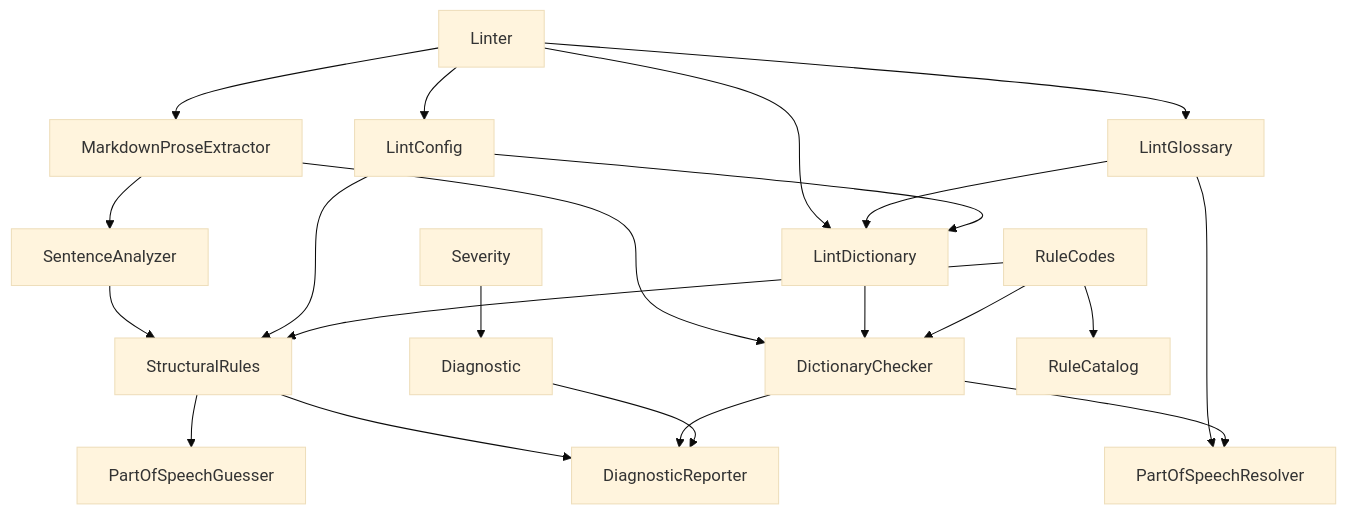
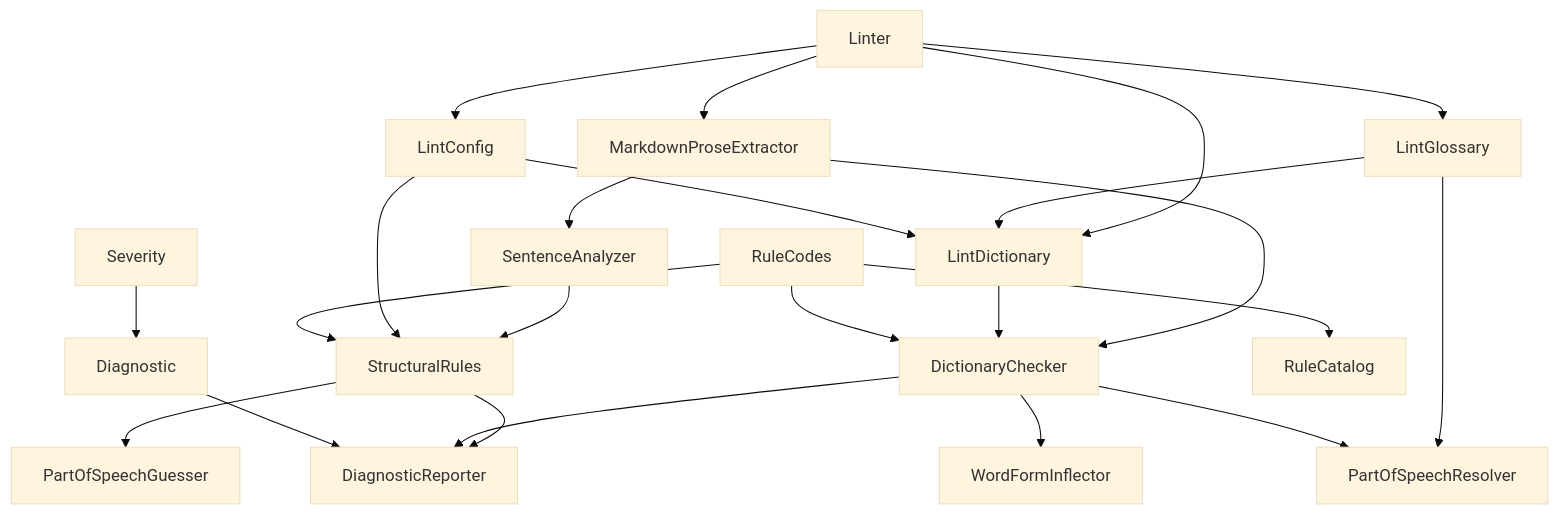
Before and after one commit to demaconsulting/Ste100Mark: the diagram in docs/design/ste100-mark/linting.md, drawn with Mermaid (base theme). The commit also changed other lines of this file and 23 other files, not shown here.

First line of the commit message:
Match inflected word forms in dictionary checks (#60)

````diff
--- a/docs/design/ste100-mark/linting.md
+++ b/docs/design/ste100-mark/linting.md
@@ -117,24 +119,25 @@
 ```mermaid
 flowchart TD
     Linter --> LintConfig
     Linter --> LintDictionary
     Linter --> LintGlossary
     LintGlossary --> LintDictionary
     LintGlossary --> PartOfSpeechResolver
     Linter --> MarkdownProseExtractor
     MarkdownProseExtractor --> SentenceAnalyzer
     MarkdownProseExtractor --> DictionaryChecker
     SentenceAnalyzer --> StructuralRules
     LintConfig --> StructuralRules
     LintConfig --> LintDictionary
     LintDictionary --> DictionaryChecker
     DictionaryChecker --> PartOfSpeechResolver
+    DictionaryChecker --> WordFormInflector
     StructuralRules --> PartOfSpeechGuesser
     StructuralRules --> DiagnosticReporter
     DictionaryChecker --> DiagnosticReporter
     Severity --> Diagnostic
     Diagnostic --> DiagnosticReporter
     RuleCodes --> RuleCatalog
     RuleCodes --> StructuralRules
     RuleCodes --> DictionaryChecker
 ```
````
